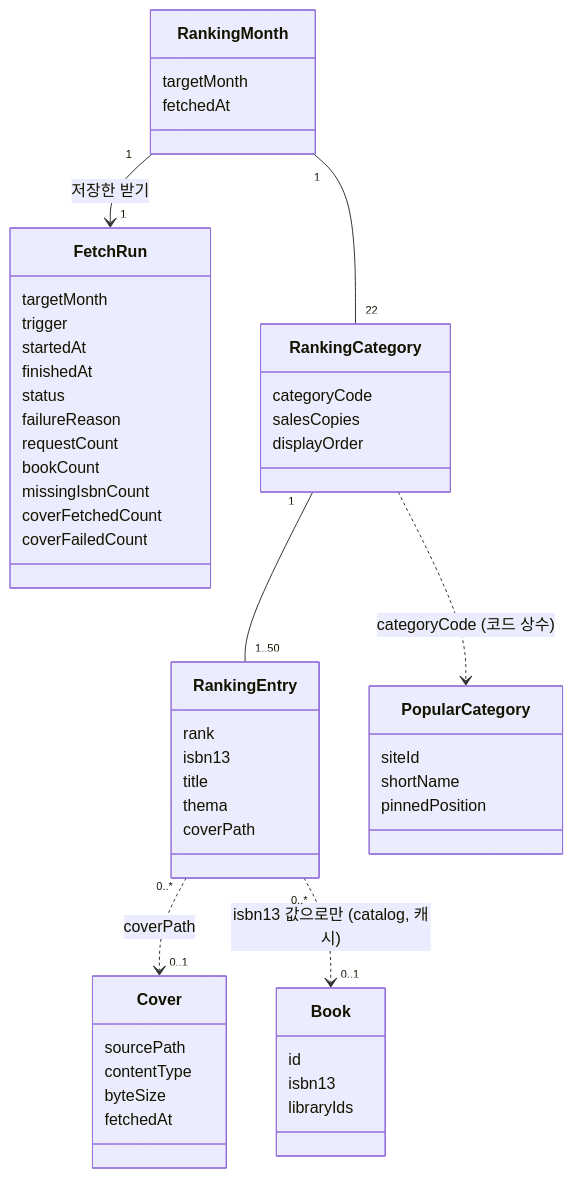
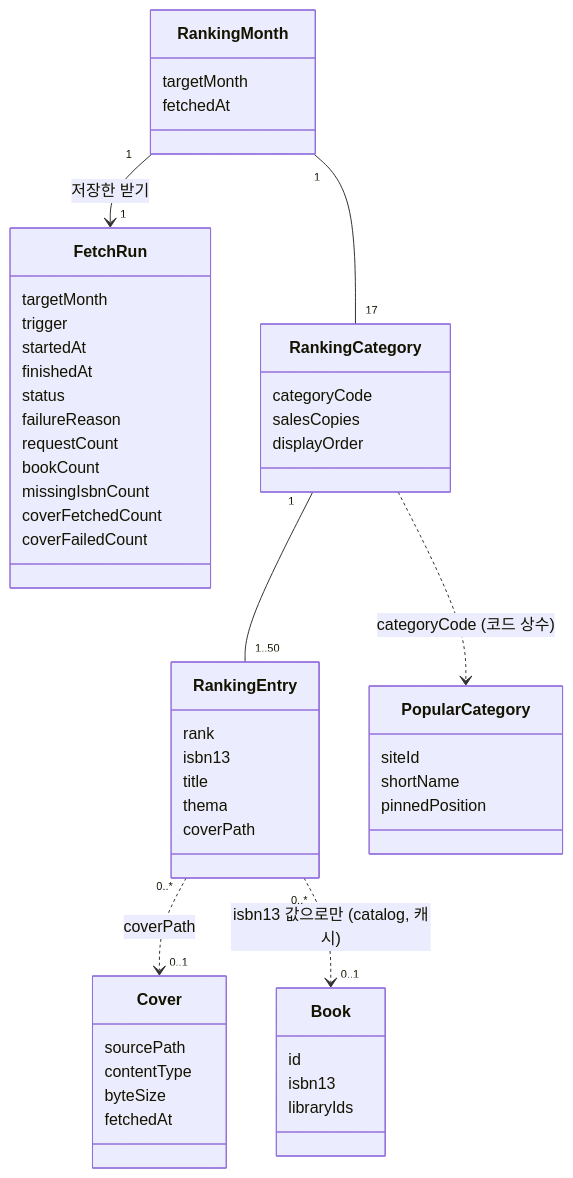
Before and after one commit to hodu-sketch/chaekcheck-plan: the sixth of 7 diagrams in docs/cycles/10-popular-books/design-delta.md, drawn with Mermaid. The commit also changed other lines of this file and 8 other files, not shown here.

````diff
--- a/docs/cycles/10-popular-books/design-delta.md
+++ b/docs/cycles/10-popular-books/design-delta.md
@@ -133,54 +135,54 @@
 ```mermaid
 classDiagram
   class FetchRun {
     targetMonth
     trigger
     startedAt
     finishedAt
     status
     failureReason
     requestCount
     bookCount
     missingIsbnCount
     coverFetchedCount
     coverFailedCount
   }
   class RankingMonth {
     targetMonth
     fetchedAt
   }
   class RankingCategory {
     categoryCode
     salesCopies
     displayOrder
   }
   class RankingEntry {
     rank
     isbn13
     title
     thema
     coverPath
   }
   class Cover {
     sourcePath
     contentType
     byteSize
     fetchedAt
   }
   class PopularCategory {
     siteId
     shortName
     pinnedPosition
   }
   class Book {
     id
     isbn13
     libraryIds
   }
   RankingMonth "1" --> "1" FetchRun : 저장한 받기
-  RankingMonth "1" -- "22" RankingCategory
+  RankingMonth "1" -- "17" RankingCategory
   RankingCategory "1" -- "1..50" RankingEntry
   RankingEntry "0..*" ..> "0..1" Cover : coverPath
   RankingCategory ..> PopularCategory : categoryCode (코드 상수)
   RankingEntry "0..*" ..> "0..1" Book : isbn13 값으로만 (catalog, 캐시)
 ```
````
